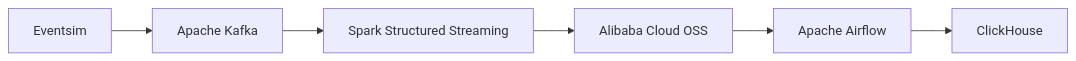
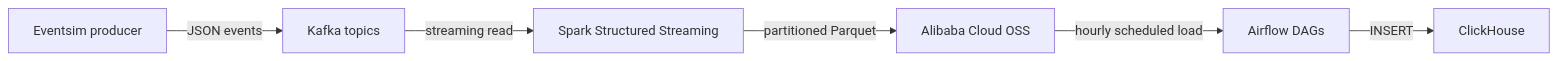
One commit to liqi246/Real_time_music_data_pipeline changed the diagram in README.md. Above: the diagram before and after it, drawn with Mermaid. The commit also changed other lines of this file, not shown here.

````diff
--- a/README.md
+++ b/README.md
@@ -7,8 +11,8 @@
 ```mermaid
 flowchart LR
-    A[Eventsim] --> B[Apache Kafka]
-    B --> C[Spark Structured Streaming]
-    C --> D[Alibaba Cloud OSS]
-    D --> E[Apache Airflow]
-    E --> F[ClickHouse]
+    A[Eventsim producer] -->|JSON events| B[Kafka topics]
+    B -->|streaming read| C[Spark Structured Streaming]
+    C -->|partitioned Parquet| D[Alibaba Cloud OSS]
+    D -->|hourly scheduled load| E[Airflow DAGs]
+    E -->|INSERT| F[ClickHouse]
 ```
````
